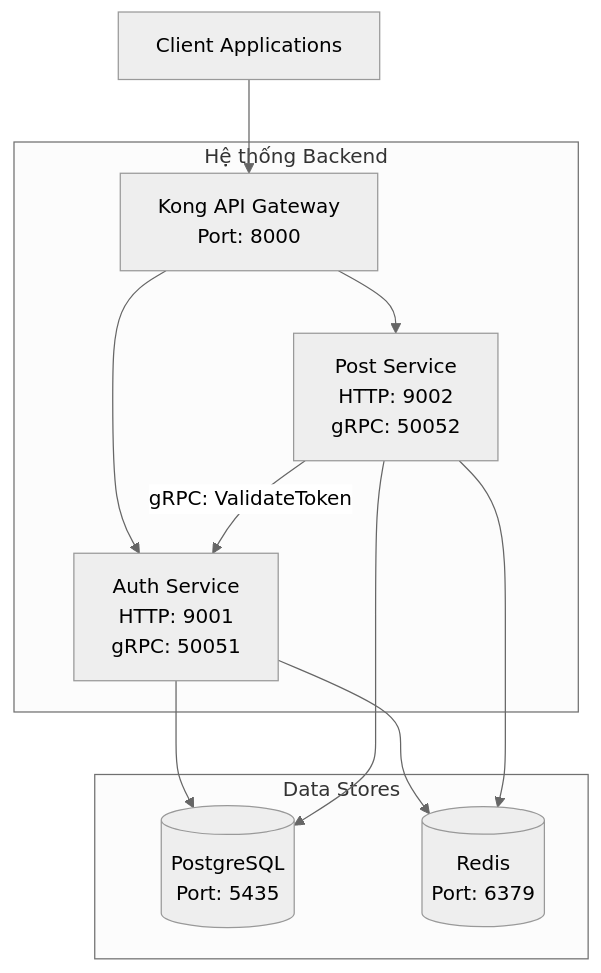
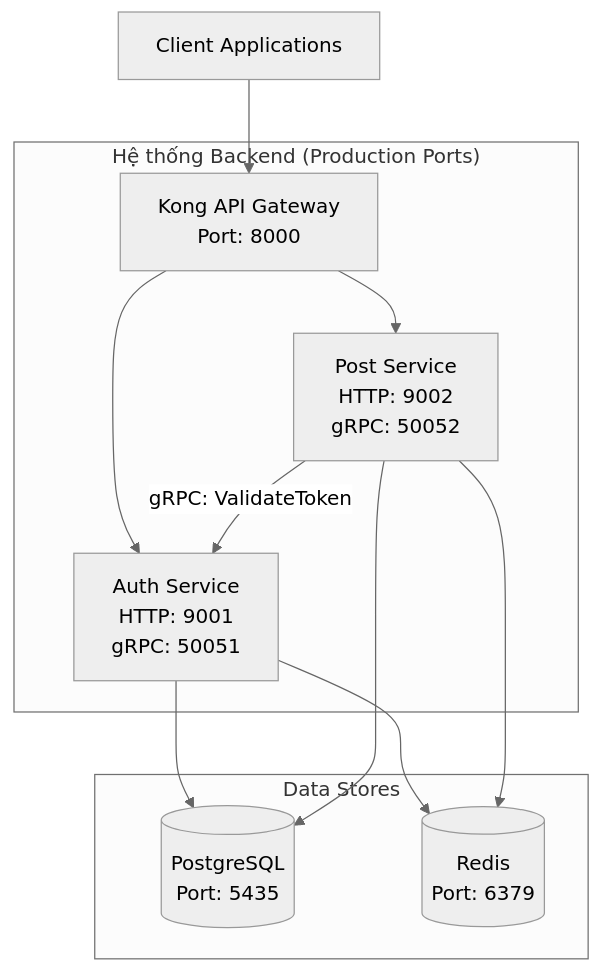
The diagram in ARCHITECTURE.md (tinhthanh/nestjs-microservices), drawn with Mermaid (neutral theme) before and after one commit. The commit also changed other lines of this file and 33 other files, not shown here.

````diff
--- a/ARCHITECTURE.md
+++ b/ARCHITECTURE.md
@@ -5,18 +5,18 @@
 ```mermaid
 graph TD
     Client[Client Applications] --> Kong[Kong API Gateway<br/>Port: 8000]
 
-    subgraph "Hệ thống Backend"
+    subgraph "Hệ thống Backend (Production Ports)"
         Kong --> AuthService[Auth Service<br/>HTTP: 9001<br/>gRPC: 50051]
         Kong --> PostService[Post Service<br/>HTTP: 9002<br/>gRPC: 50052]
 
         PostService -- "gRPC: ValidateToken" --> AuthService
     end
 
     subgraph "Data Stores"
         AuthService --> PostgreSQL[(PostgreSQL<br/>Port: 5435)]
         PostService --> PostgreSQL
         AuthService --> Redis[(Redis<br/>Port: 6379)]
         PostService --> Redis
     end
 ```
````
